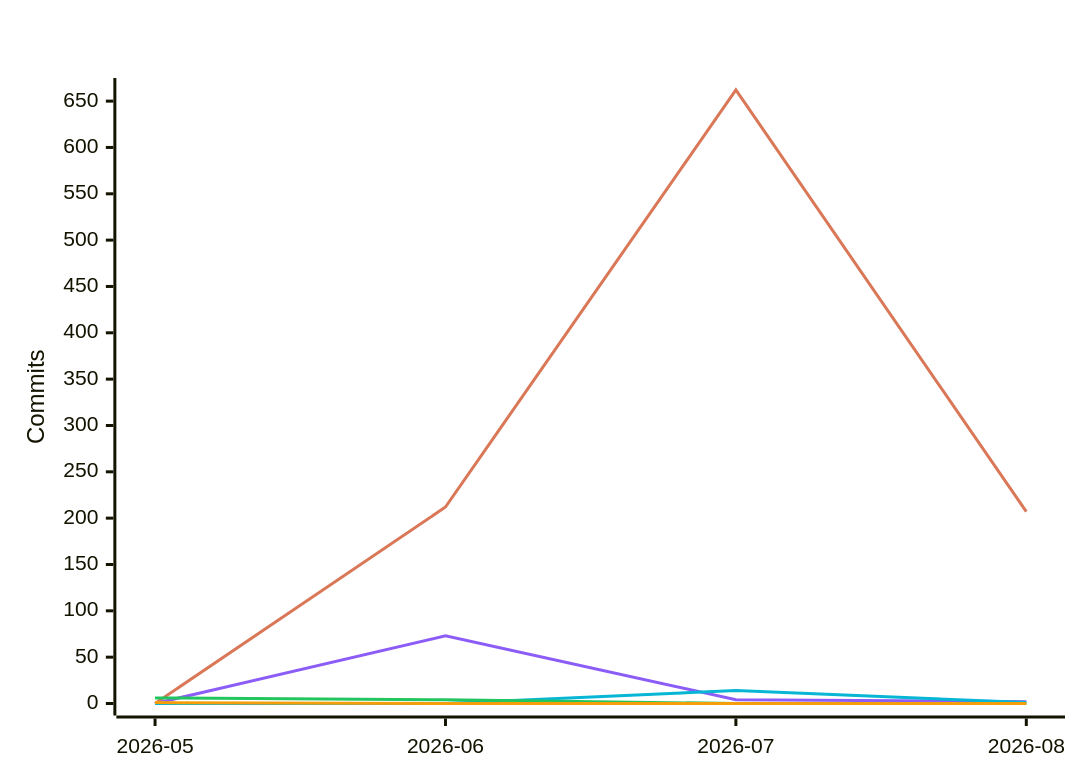
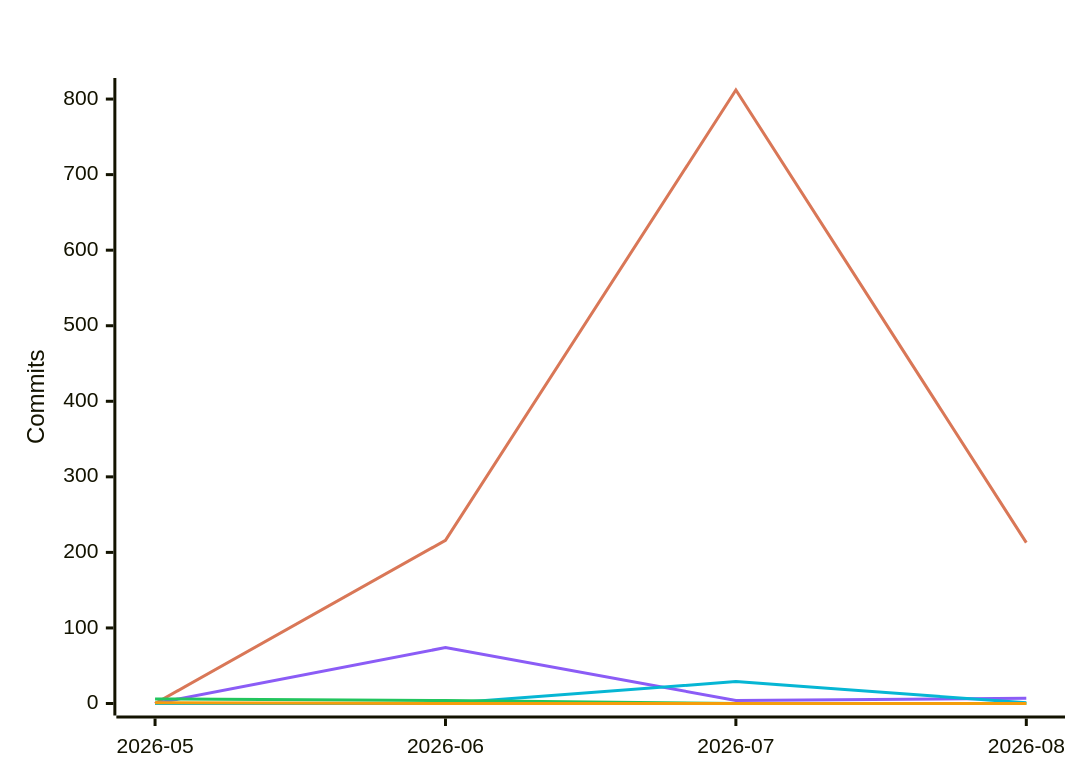
One commit to polo-nyan/polo-nyan changed the fifth of 7 diagrams in README.md. Above: the diagram before and after it, drawn with Mermaid. The commit also changed other lines of this file and 1 other file, not shown here.

````diff
--- a/README.md
+++ b/README.md
@@ -313,12 +313,12 @@
 ```mermaid
 %%{init: {"xyChart": {"titleColor": "#ffffff", "xAxisLabelColor": "#ffffff", "yAxisLabelColor": "#ffffff"}, "themeVariables": {"xyChart": {"titleColor": "#ffffff", "plotColorPalette": "#d97757, #8b5cf6, #06b6d4, #22c55e, #f59e0b, #ec4899"}}}}%%
 xychart-beta
     title "Commits Per Month by Model Family"
     x-axis ["2026-05", "2026-06", "2026-07", "2026-08"]
     y-axis "Commits"
-    line [0, 212, 662, 207]
-    line [0, 73, 4, 2]
-    line [0, 0, 14, 1]
+    line [0, 216, 812, 213]
+    line [0, 74, 4, 7]
+    line [0, 0, 29, 1]
     line [6, 4, 0, 0]
     line [1, 0, 0, 0]
 ```
````
